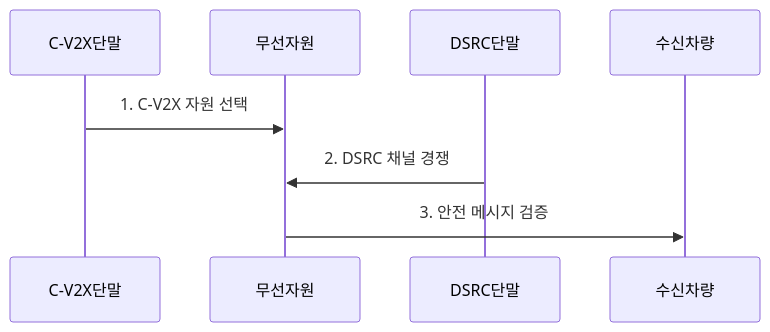
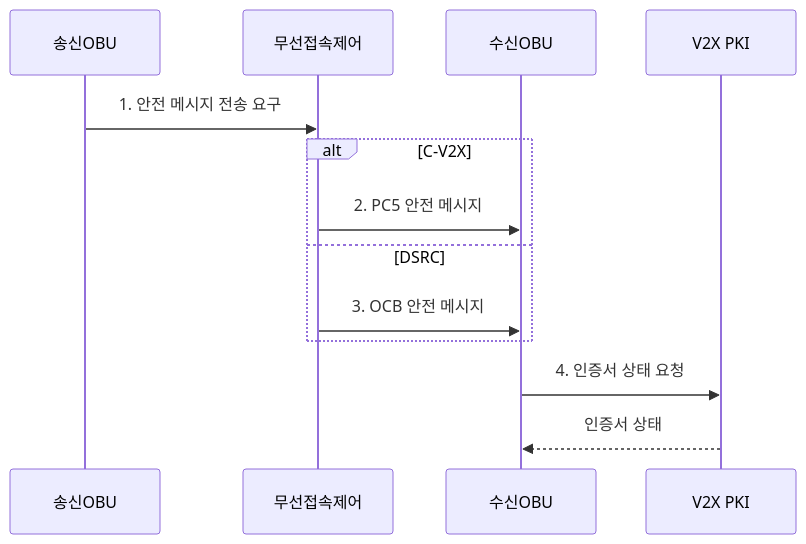
One commit to agnusdei1207/knowledge-base changed the second of 2 diagrams in src/content/docs/notes/04-network/050_c_v2x_dsrc.md. Above: the diagram before and after it, drawn with Mermaid. The commit also changed other lines of this file and 20 other files, not shown here.

````diff
--- a/src/content/docs/notes/04-network/050_c_v2x_dsrc.md
+++ b/src/content/docs/notes/04-network/050_c_v2x_dsrc.md
@@ -85,10 +94,15 @@
 ```mermaid
 sequenceDiagram
-    participant C-V2X단말
-    participant 무선자원
-    participant DSRC단말
-    participant 수신차량
-    C-V2X단말->>무선자원: 1. C-V2X 자원 선택
-    DSRC단말->>무선자원: 2. DSRC 채널 경쟁
-    무선자원->>수신차량: 3. 안전 메시지 검증
+    participant 송신OBU
+    participant 무선접속제어
+    participant 수신OBU
+    participant PKI as V2X PKI
+    송신OBU->>무선접속제어: 1. 안전 메시지 전송 요구
+    alt C-V2X
+        무선접속제어->>수신OBU: 2. PC5 안전 메시지
+    else DSRC
+        무선접속제어->>수신OBU: 3. OCB 안전 메시지
+    end
+    수신OBU->>PKI: 4. 인증서 상태 요청
+    PKI-->>수신OBU: 인증서 상태
 ```
````
